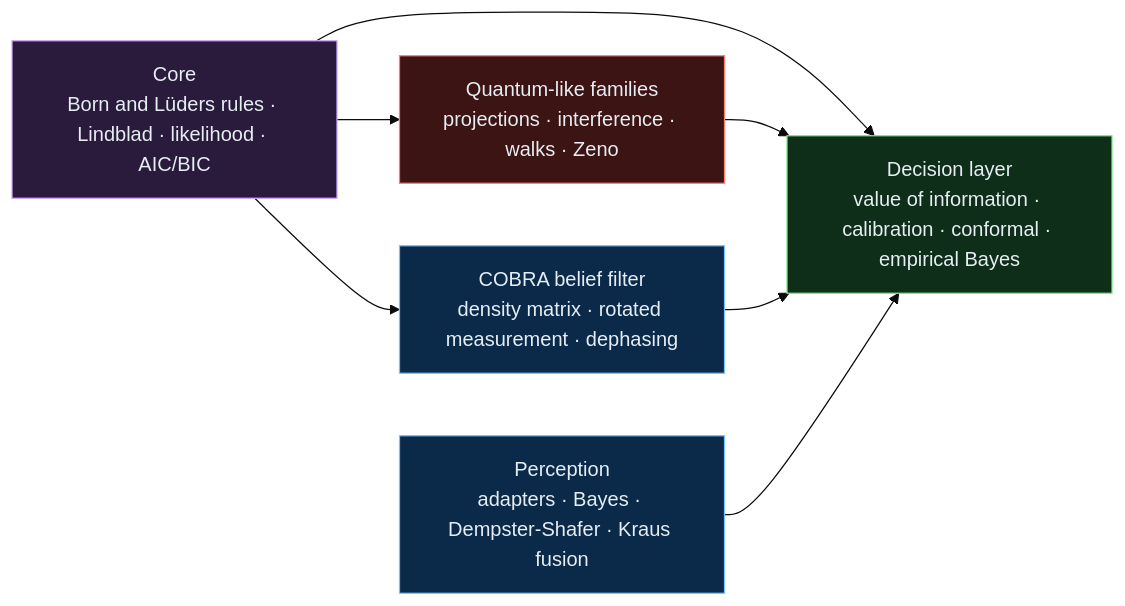
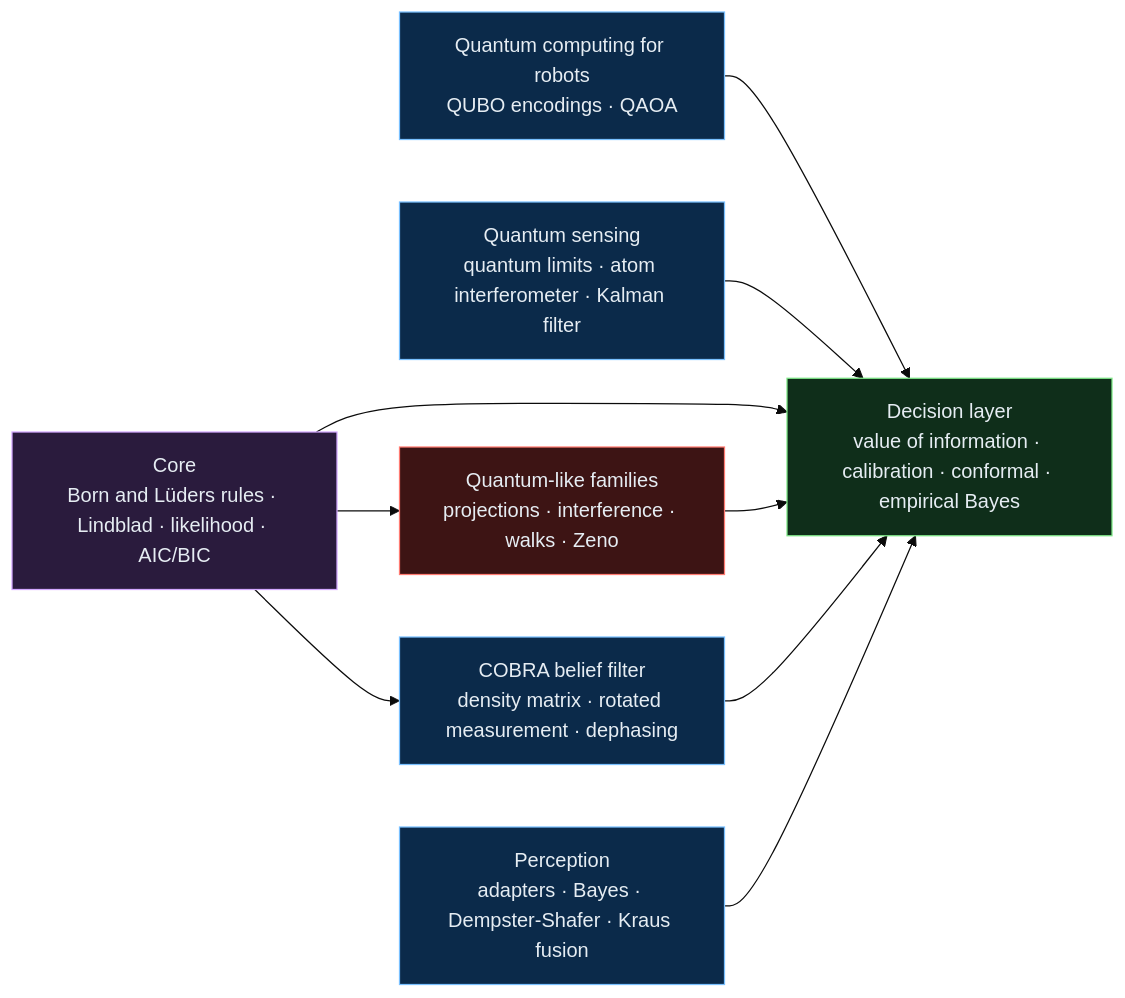
The diagram in docs/math/index.md (yeshwanthguru/Quantum-mind), drawn with Mermaid (base theme) before and after one commit. The commit also changed other lines of this file and 55 other files, not shown here.

First line of the commit message:
Cover all three threads of quantum robotics: computing, sensing and cognition

````diff
--- a/docs/math/index.md
+++ b/docs/math/index.md
@@ -7,15 +7,17 @@
 ```{mermaid}
 flowchart LR
     accTitle: Mathematics, diagram 1
     accDescr: The core rules feed the quantum-like families, the COBRA belief filter and the decision layer; perception feeds the decision layer.
     C["Core<br/>Born and Lüders rules · Lindblad · likelihood · AIC/BIC"]:::op --> QL["Quantum-like families<br/>projections · interference · walks · Zeno"]:::hum
     C --> B["COBRA belief filter<br/>density matrix · rotated measurement · dephasing"]:::in
+    Q["Quantum computing for robots<br/>QUBO encodings · QAOA"]:::in --> R
+    S["Quantum sensing<br/>quantum limits · atom interferometer · Kalman filter"]:::in --> R
     C --> R["Decision layer<br/>value of information · calibration · conformal · empirical Bayes"]:::out
     QL --> R
     B --> R
     P["Perception<br/>adapters · Bayes · Dempster-Shafer · Kraus fusion"]:::in --> R
     classDef in fill:#0b2a4a,stroke:#79c0ff,color:#e6edf3
     classDef op fill:#2a1b3d,stroke:#d2a8ff,color:#e6edf3
     classDef out fill:#0f2e1a,stroke:#7ee787,color:#e6edf3
     classDef hum fill:#3d1414,stroke:#ff7b72,color:#e6edf3
 ```
````
